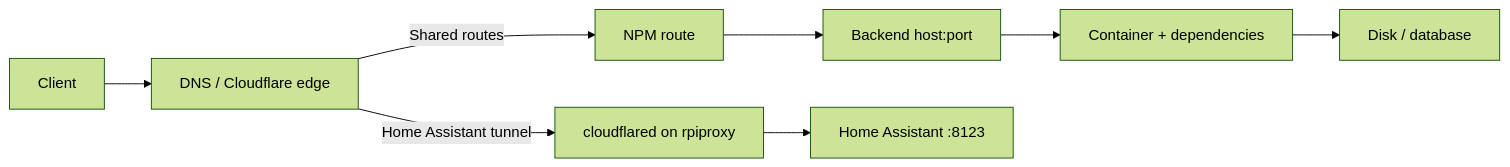
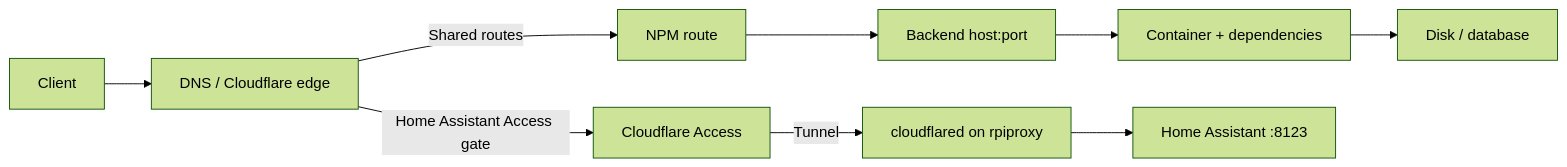
One commit to viseshrp/homelab changed the diagram in docs/operations.md. Above: the diagram before and after it, drawn with Mermaid (forest theme). The commit also changed other lines of this file and 6 other files, not shown here.

````diff
--- a/docs/operations.md
+++ b/docs/operations.md
@@ -205,6 +231,6 @@
 ```mermaid
 flowchart LR
     client["Client"] --> edge["DNS / Cloudflare edge"]
     edge -->|"Shared routes"| npm["NPM route"] --> backend["Backend host:port"] --> app["Container + dependencies"] --> state["Disk / database"]
-    edge -->|"Home Assistant tunnel"| tunnel["cloudflared on rpiproxy"] --> hass["Home Assistant :8123"]
+    edge -->|"Home Assistant Access gate"| access["Cloudflare Access"] -->|"Tunnel"| tunnel["cloudflared on rpiproxy"] --> hass["Home Assistant :8123"]
 ```
````
